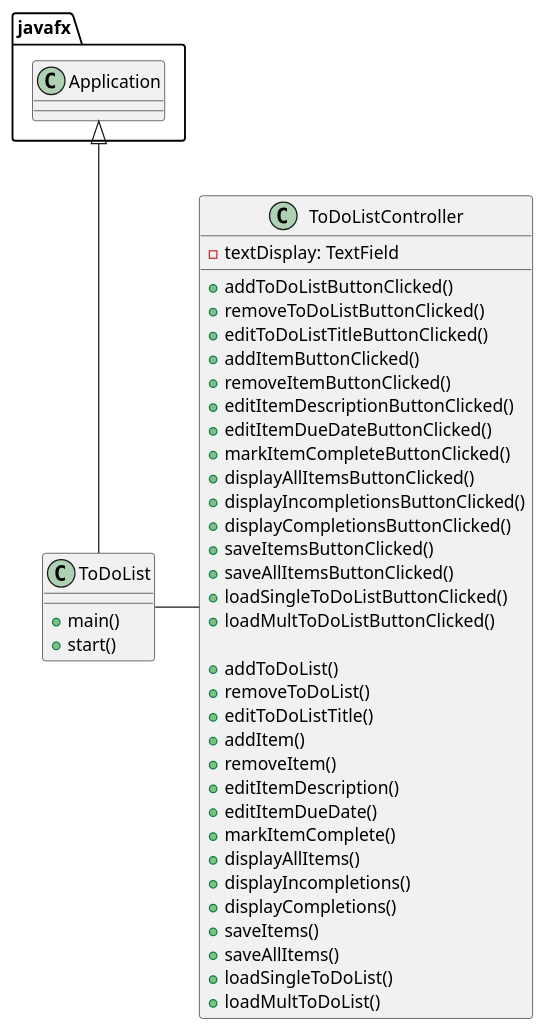
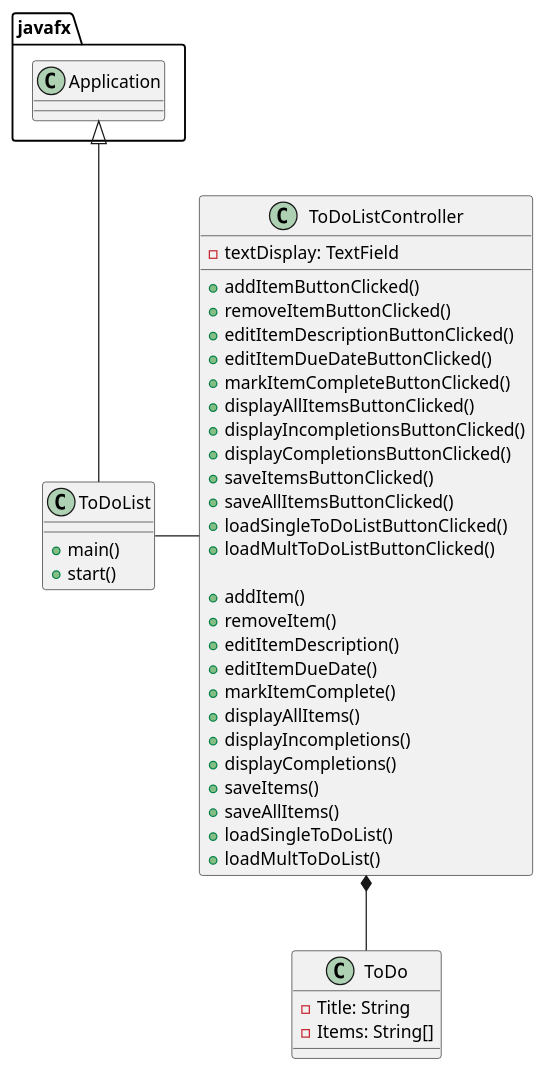
Before and after one commit to christianklingbiel/klingbiel-cop3330-assignment4: the diagram in uml/ToDoList.puml, drawn with PlantUML. The commit also changed 3 other files, not shown here.

```diff
--- a/uml/ToDoList.puml
+++ b/uml/ToDoList.puml
@@ -1,48 +1,50 @@
 @startuml
 'https://plantuml.com/class-diagram
 
 class ToDoList {
     + main()
     + start()
 }
+
+class ToDo {
+    - Title: String
+    - Items: String[]
+}
+
 class ToDoListController {
     - textDisplay: TextField
 
-    + addToDoListButtonClicked()
-    + removeToDoListButtonClicked()
-    + editToDoListTitleButtonClicked()
     + addItemButtonClicked()
     + removeItemButtonClicked()
     + editItemDescriptionButtonClicked()
     + editItemDueDateButtonClicked()
     + markItemCompleteButtonClicked()
     + displayAllItemsButtonClicked()
     + displayIncompletionsButtonClicked()
     + displayCompletionsButtonClicked()
     + saveItemsButtonClicked()
     + saveAllItemsButtonClicked()
     + loadSingleToDoListButtonClicked()
     + loadMultToDoListButtonClicked()
 
-    + addToDoList()
-    + removeToDoList()
-    + editToDoListTitle()
     + addItem()
     + removeItem()
     + editItemDescription()
     + editItemDueDate()
     + markItemComplete()
     + displayAllItems()
     + displayIncompletions()
     + displayCompletions()
     + saveItems()
     + saveAllItems()
     + loadSingleToDoList()
     + loadMultToDoList()
 }
 
 javafx.Application <|-- ToDoList
 
 ToDoList - ToDoListController
 
+ToDoListController *-- ToDo
+
 @enduml
```
